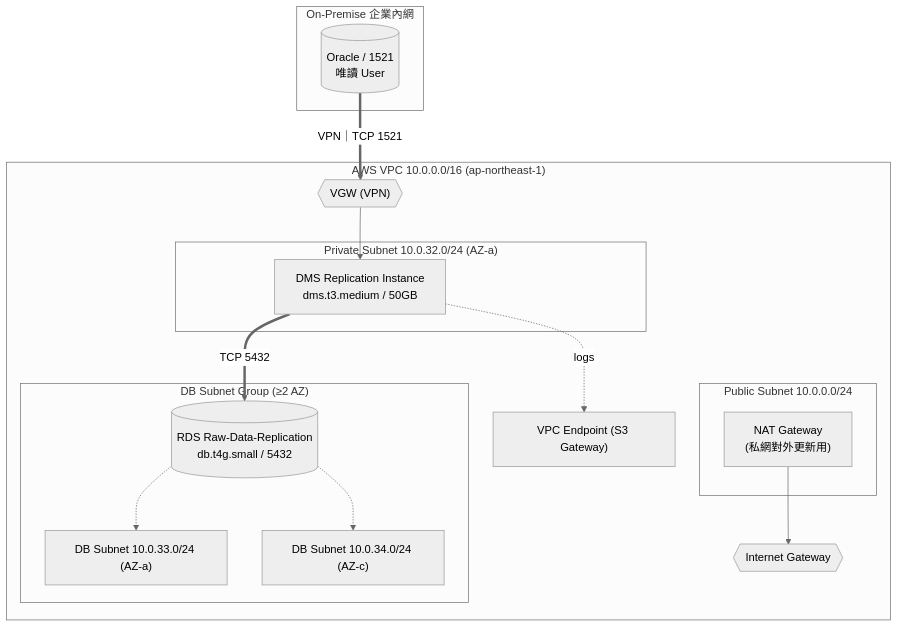
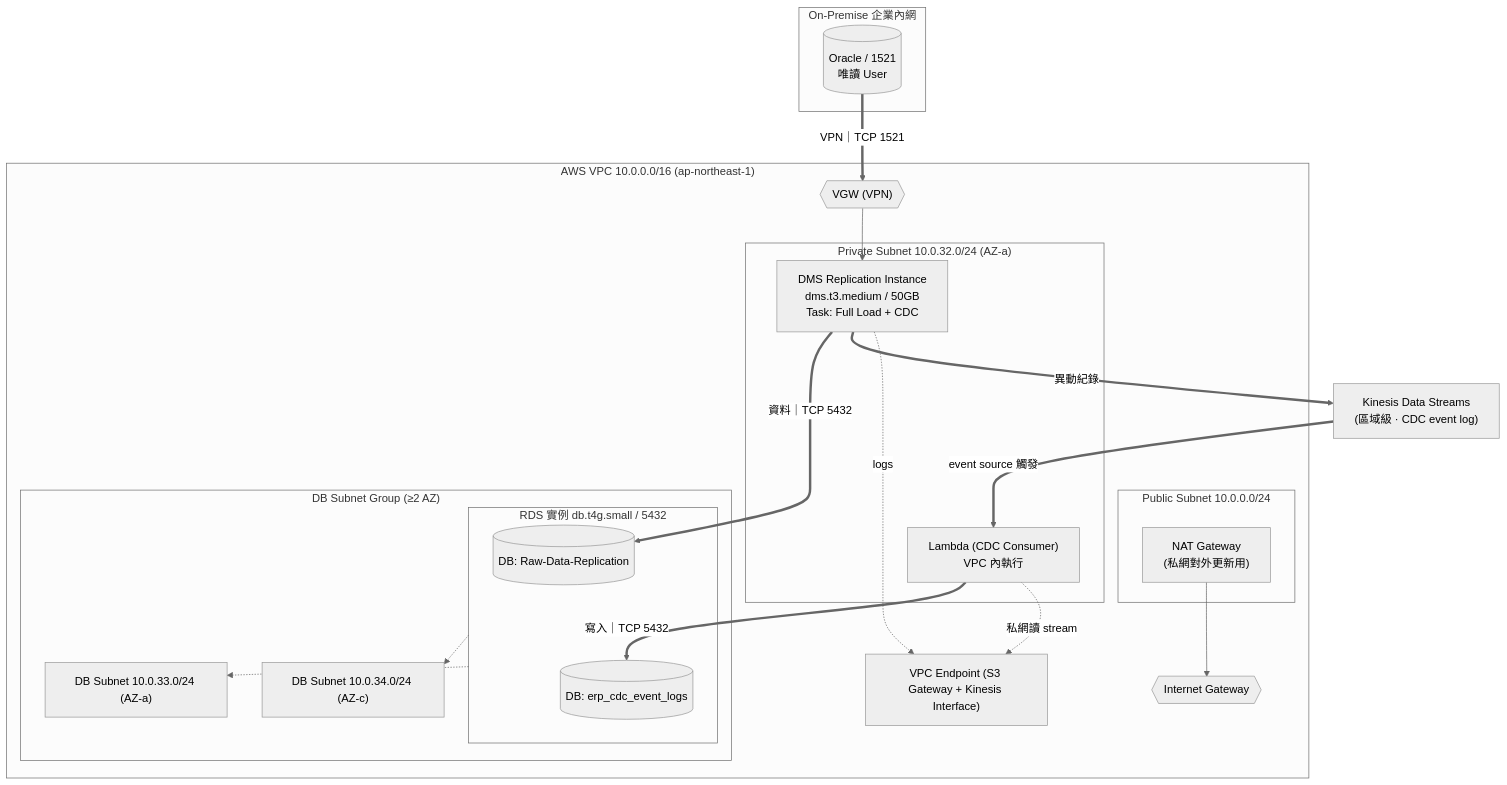
Before and after one commit to Jiaye-DF/data-center-etl: the second of 9 diagrams in docs/Arch/aws-to-local-infra-arch.md, drawn with Mermaid (neutral theme). The commit also changed other lines of this file and 38 other files, not shown here.

````diff
--- a/docs/Arch/aws-to-local-infra-arch.md
+++ b/docs/Arch/aws-to-local-infra-arch.md
@@ -97,31 +101,41 @@
 ```mermaid
 flowchart TB
   subgraph ONPREM["On-Premise 企業內網"]
     ORA[("Oracle / 1521<br/>唯讀 User")]
   end
 
   subgraph AWS["AWS VPC 10.0.0.0/16 (ap-northeast-1)"]
     IGW{{"Internet Gateway"}}
     VGW{{"VGW (VPN)"}}
 
     subgraph PUB["Public Subnet 10.0.0.0/24"]
       NAT["NAT Gateway<br/>(私網對外更新用)"]
     end
     subgraph PRIV["Private Subnet 10.0.32.0/24 (AZ-a)"]
-      DMS["DMS Replication Instance<br/>dms.t3.medium / 50GB"]
+      DMS["DMS Replication Instance<br/>dms.t3.medium / 50GB<br/>Task: Full Load + CDC"]
+      LMB["Lambda (CDC Consumer)<br/>VPC 內執行"]
     end
     subgraph DBG["DB Subnet Group (≥2 AZ)"]
-      RAW[("RDS Raw-Data-Replication<br/>db.t4g.small / 5432")]
+      subgraph RDSI["RDS 實例 db.t4g.small / 5432"]
+        RAW[("DB: Raw-Data-Replication")]
+        CDCDB[("DB: erp_cdc_event_logs")]
+      end
       NETA["DB Subnet 10.0.33.0/24 (AZ-a)"]
       NETC["DB Subnet 10.0.34.0/24 (AZ-c)"]
     end
-    VPCE["VPC Endpoint (S3 Gateway)"]
+    VPCE["VPC Endpoint (S3 Gateway + Kinesis Interface)"]
   end
 
+  KDS["Kinesis Data Streams<br/>(區域級 · CDC event log)"]
+
   ORA == "VPN｜TCP 1521" ==> VGW --> DMS
-  DMS == "TCP 5432" ==> RAW
-  RAW -.-> NETA
-  RAW -.-> NETC
+  DMS == "資料｜TCP 5432" ==> RAW
+  DMS == "異動紀錄" ==> KDS
+  KDS == "event source 觸發" ==> LMB
+  LMB == "寫入｜TCP 5432" ==> CDCDB
+  LMB -.私網讀 stream.-> VPCE
+  RDSI -.-> NETA
+  RDSI -.-> NETC
   DMS -.logs.-> VPCE
   NAT --> IGW
 ```
````
